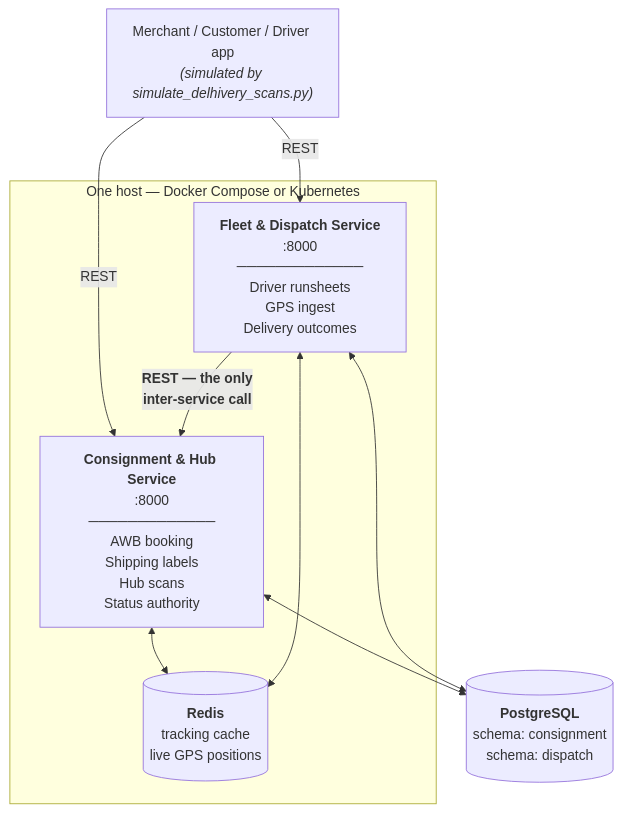
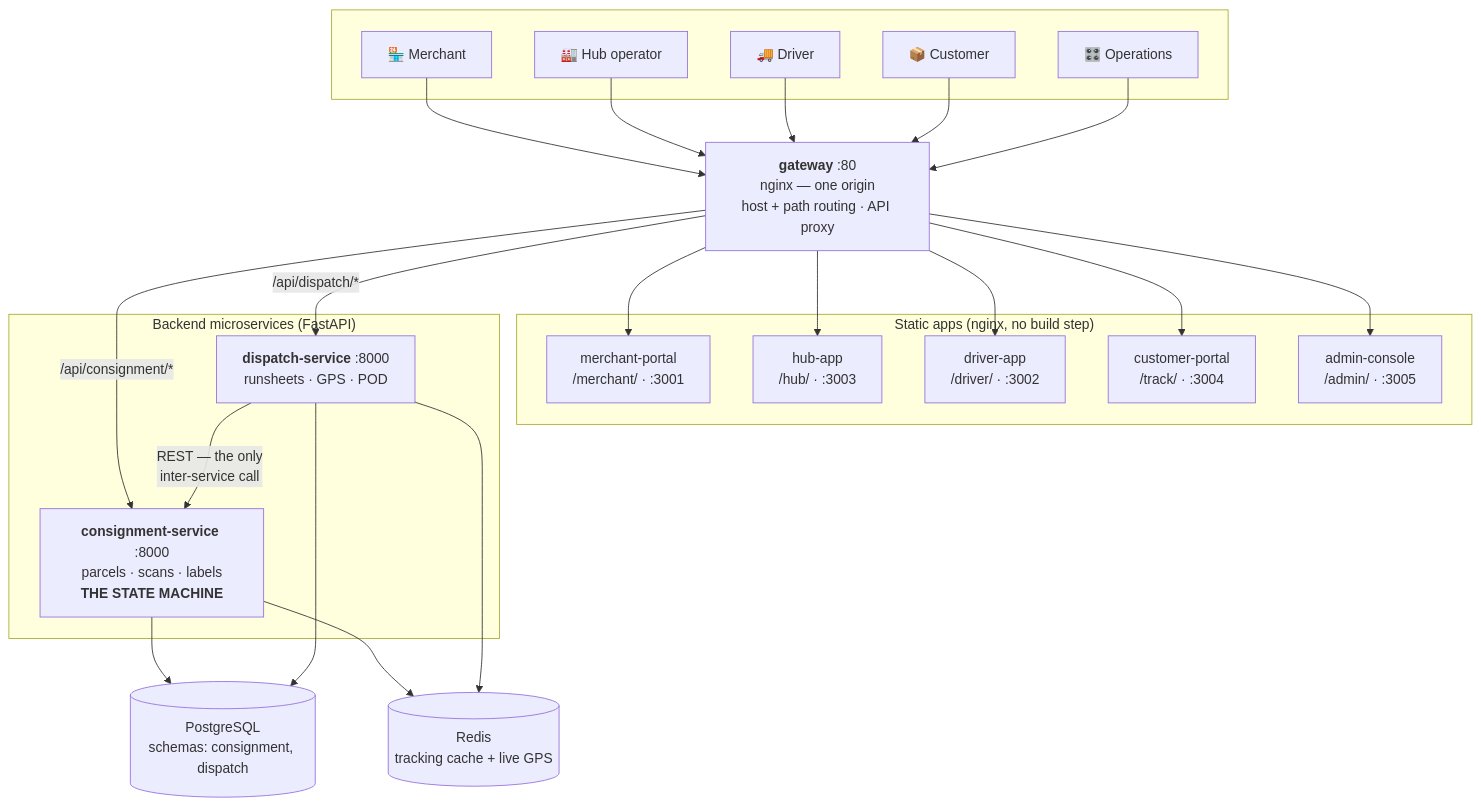
The first of 10 diagrams in docs/FleetPulse-Architecture.md (shashu775/fleetpulse), drawn with Mermaid before and after one commit. The commit also changed other lines of this file and 40 other files, not shown here.

````diff
--- a/docs/FleetPulse-Architecture.md
+++ b/docs/FleetPulse-Architecture.md
@@ -33,20 +29,43 @@
 ```mermaid
 flowchart TB
-    CLIENT["Merchant / Customer / Driver app<br/><i>(simulated by simulate_delhivery_scans.py)</i>"]
-
-    subgraph HOST["One host — Docker Compose or Kubernetes"]
-        CS["<b>Consignment &amp; Hub Service</b><br/>:8000<br/>─────────────<br/>AWB booking<br/>Shipping labels<br/>Hub scans<br/>Status authority"]
-        DS["<b>Fleet &amp; Dispatch Service</b><br/>:8000<br/>─────────────<br/>Driver runsheets<br/>GPS ingest<br/>Delivery outcomes"]
-        RD[("<b>Redis</b><br/>tracking cache<br/>live GPS positions")]
+    subgraph USERS[" "]
+        M["🏪 Merchant"]
+        H["🏭 Hub operator"]
+        D["🚚 Driver"]
+        C["📦 Customer"]
+        O["🎛️ Operations"]
     end
 
-    PG[("<b>PostgreSQL</b><br/>schema: consignment<br/>schema: dispatch")]
+    GW["<b>gateway</b> :80<br/>nginx — one origin<br/>host + path routing · API proxy"]
 
-    CLIENT -->|"REST"| CS
-    CLIENT -->|"REST"| DS
-    DS -->|"<b>REST — the only<br/>inter-service call</b>"| CS
-    CS <--> RD
-    DS <--> RD
-    CS <--> PG
-    DS <--> PG
+    M --> GW
+    H --> GW
+    D --> GW
+    C --> GW
+    O --> GW
+
+    subgraph APPS["Static apps (nginx, no build step)"]
+        MP["merchant-portal<br/>/merchant/ · :3001"]
+        HA["hub-app<br/>/hub/ · :3003"]
+        DA["driver-app<br/>/driver/ · :3002"]
+        CP["customer-portal<br/>/track/ · :3004"]
+        AC["admin-console<br/>/admin/ · :3005"]
+    end
+
+    GW --> MP & HA & DA & CP & AC
+
+    subgraph SVC["Backend microservices (FastAPI)"]
+        CS["<b>consignment-service</b> :8000<br/>parcels · scans · labels<br/><b>THE STATE MACHINE</b>"]
+        DS["<b>dispatch-service</b> :8000<br/>runsheets · GPS · POD"]
+    end
+
+    GW -->|"/api/consignment/*"| CS
+    GW -->|"/api/dispatch/*"| DS
+    DS -->|"REST — the only<br/>inter-service call"| CS
+
+    PG[("PostgreSQL<br/>schemas: consignment, dispatch")]
+    RD[("Redis<br/>tracking cache + live GPS")]
+
+    CS --> PG & RD
+    DS --> PG & RD
 ```
````
